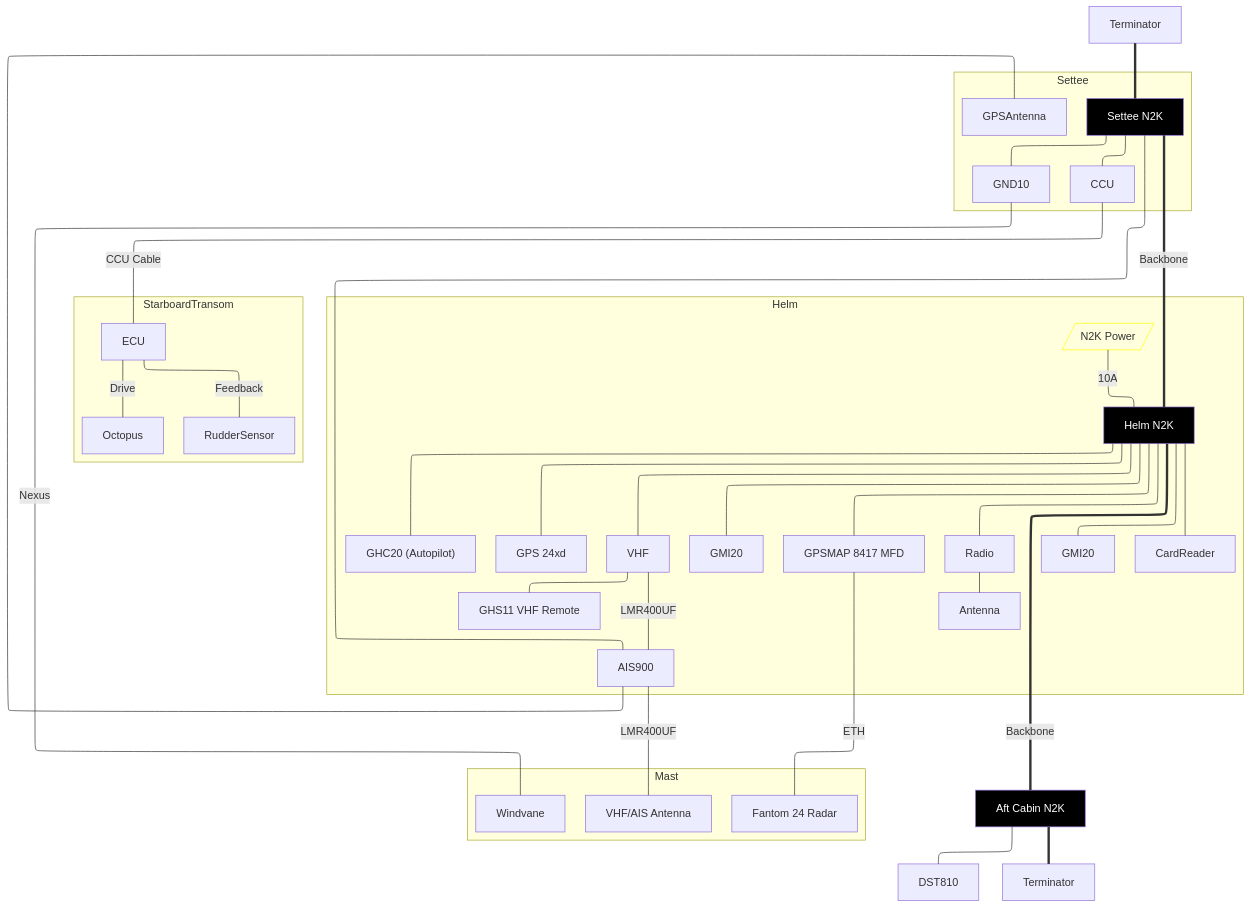
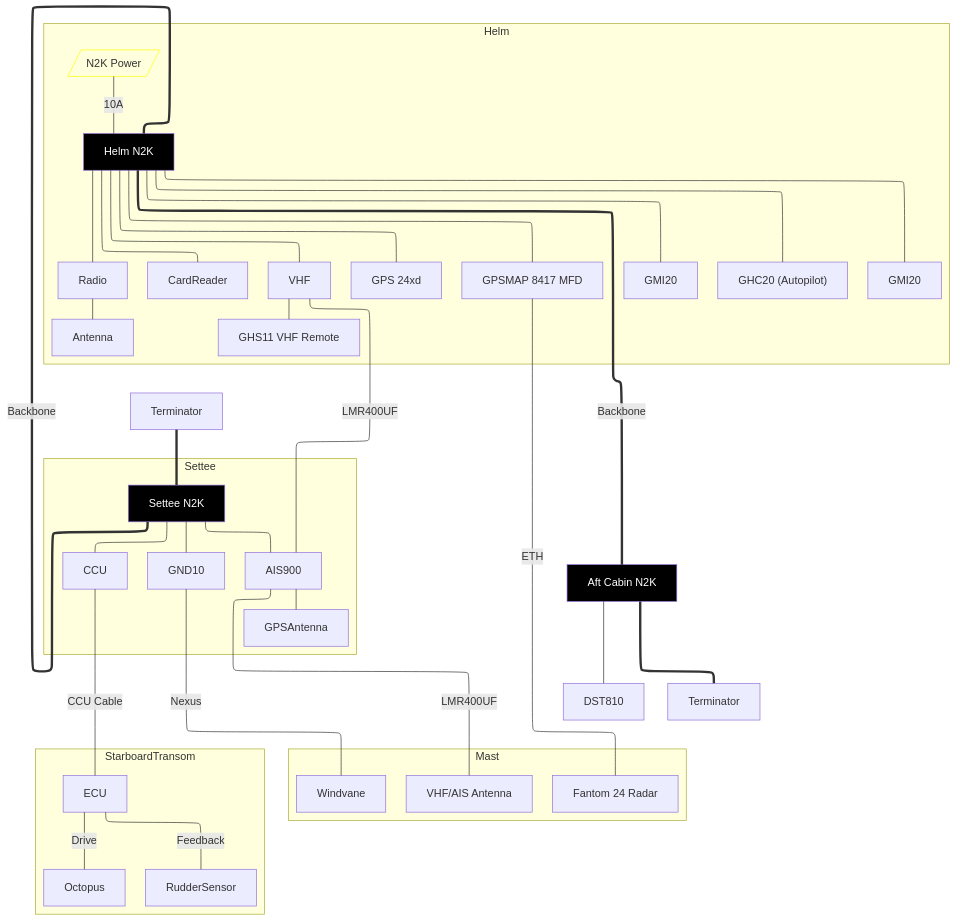
One commit to dcoon/svharmony changed the diagram in owners_manual/Garmin.md. Above: the diagram before and after it, drawn with Mermaid. The commit also changed other lines of this file, not shown here.

````diff
--- a/owners_manual/Garmin.md
+++ b/owners_manual/Garmin.md
@@ -2,51 +2,51 @@
 ```mermaid
 
 flowchart-elk TB
 
 classDef N2K fill:black
 classDef Power stroke:yellow,fill:none
 
 subgraph Mast
     Antenna["VHF/AIS Antenna"]
     Radar["Fantom 24 Radar"]:::Garmin
     Windvane
 end
 
 subgraph Helm
 	MFD["GPSMAP 8417 MFD"]:::Garmin
 	MFD ---|ETH| Radar
 	CockpitN2K[<font color=white>Helm N2K]:::N2K
 	Power[/N2K Power/]:::Power ---|10A| CockpitN2K
 	CockpitN2K --- MFD
 	CockpitN2K --- GMI201["GMI20"]
 	CockpitN2K --- GMI202["GMI20"]
 	CockpitN2K --- GHC20["GHC20 (Autopilot)"]
 	CockpitN2K --- GPS["GPS 24xd"]
 	CockpitN2K --- CardReader
 	CockpitN2K --- Radio --- AMFMAntenna["Antenna"]
 	CockpitN2K --- VHF
 	VHF --- VHFRemote["GHS11 VHF Remote"]
-	VHF ---|LMR400UF| AIS["AIS900"] ---|LMR400UF| Antenna
 end
 
 subgraph Settee
 	SalonN2K[<font color=white>Settee N2K]:::N2K
 	SalonN2K --- AIS["AIS900"]
 	AIS --- GPSAntenna
 	SalonN2K --- GND10:::Garmin ---|Nexus| Windvane
 	SalonN2K --- CCU
+	VHF ---|LMR400UF| AIS["AIS900"] ---|LMR400UF| Antenna
 end
 
 subgraph StarboardTransom
 	CCU ---|CCU Cable| ECU
 	ECU ---|Drive| Octopus
 	ECU ---|Feedback| RudderSensor
 end
 
 StarboardN2K[<font color=white>Aft Cabin N2K]:::N2K
 StarboardN2K --- DST810
 
 T1["Terminator"] === SalonN2K ===|Backbone| CockpitN2K ===|Backbone| StarboardN2K === T2["Terminator"]
 
 
 ```
````
